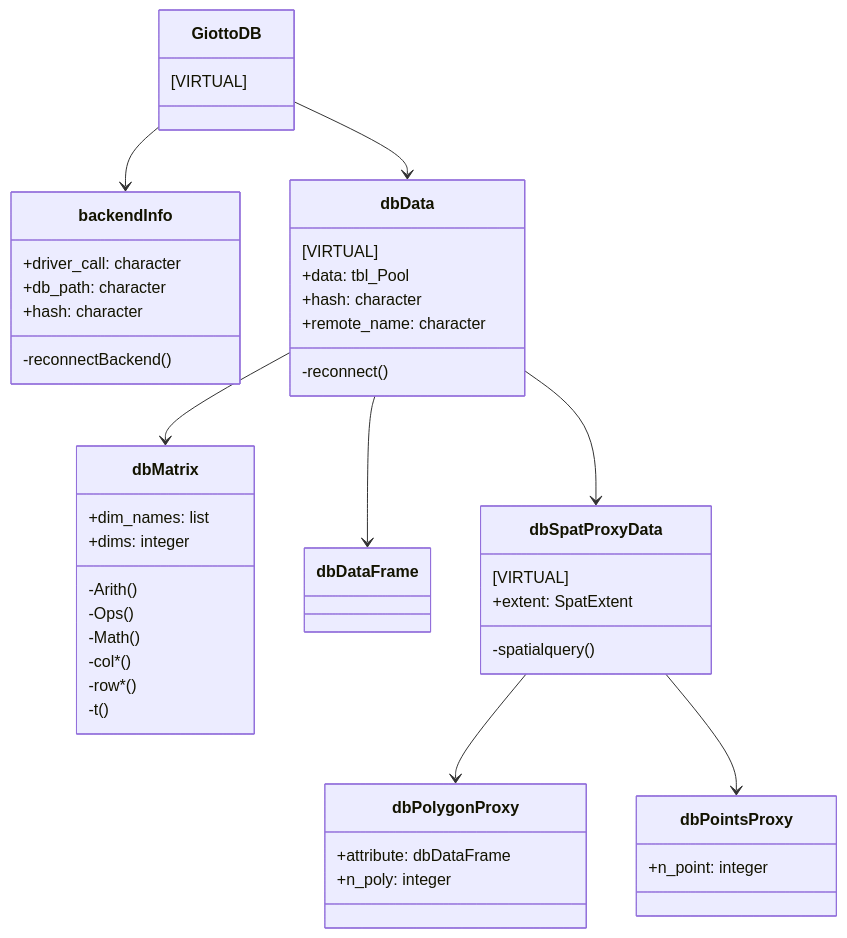
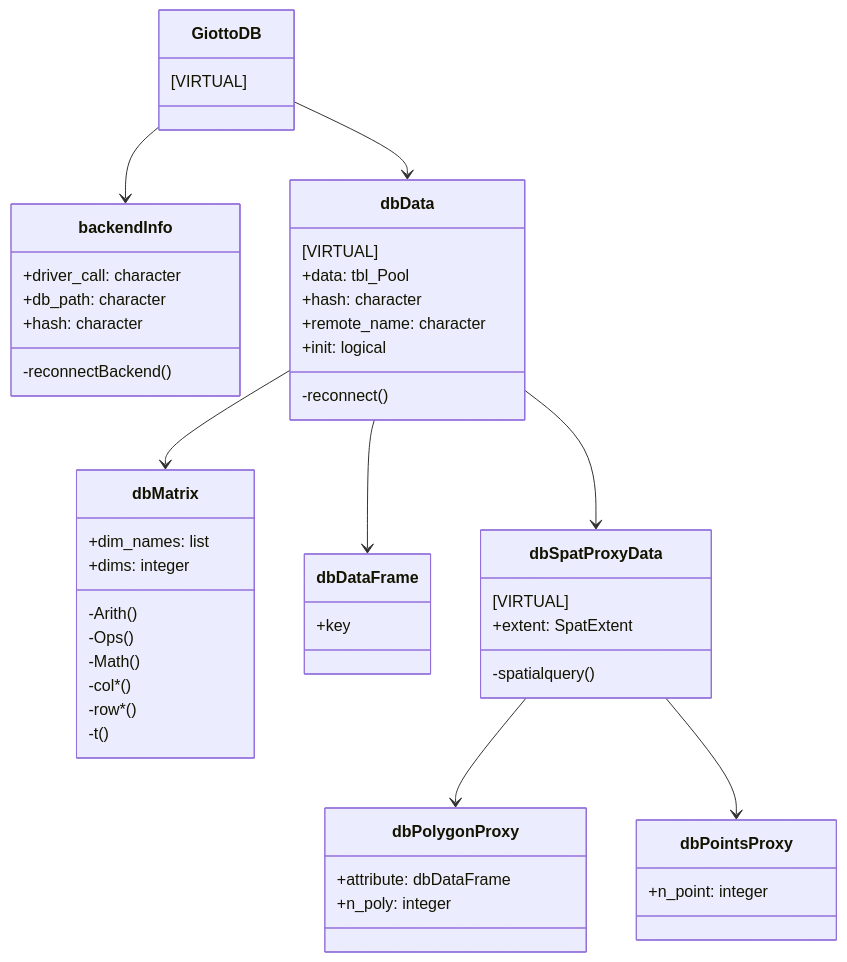
Before and after one commit to dbverse-org/dbmatrix-r: the diagram in doc/class_diagram.md, drawn with Mermaid.

````diff
--- a/doc/class_diagram.md
+++ b/doc/class_diagram.md
@@ -6,48 +6,51 @@
 ``` mermaid
 classDiagram
 class GiottoDB {[VIRTUAL]}
 class backendInfo {
   +driver_call: character
   +db_path: character
   +hash: character
   -reconnectBackend()
 }
 class dbData {
   [VIRTUAL]
   +data: tbl_Pool
   +hash: character
   +remote_name: character
+  +init: logical
   -reconnect()
 }
 class dbMatrix {
   +dim_names: list
   +dims: integer
   -Arith()
   -Ops()
   -Math()
   -col*()
   -row*()
   -t()
 }
-class dbDataFrame 
+class dbDataFrame {
+  +key
+}
 class dbSpatProxyData {
   [VIRTUAL]
   +extent: SpatExtent
   -spatialquery()
 }
 class dbPolygonProxy {
   +attribute: dbDataFrame
   +n_poly: integer
 }
 class dbPointsProxy {
   +n_point: integer
 }
 
 GiottoDB --> dbData
 GiottoDB --> backendInfo
 dbData --> dbDataFrame
 dbData --> dbMatrix
 dbData --> dbSpatProxyData
 dbSpatProxyData --> dbPolygonProxy
 dbSpatProxyData --> dbPointsProxy
 ```
````
